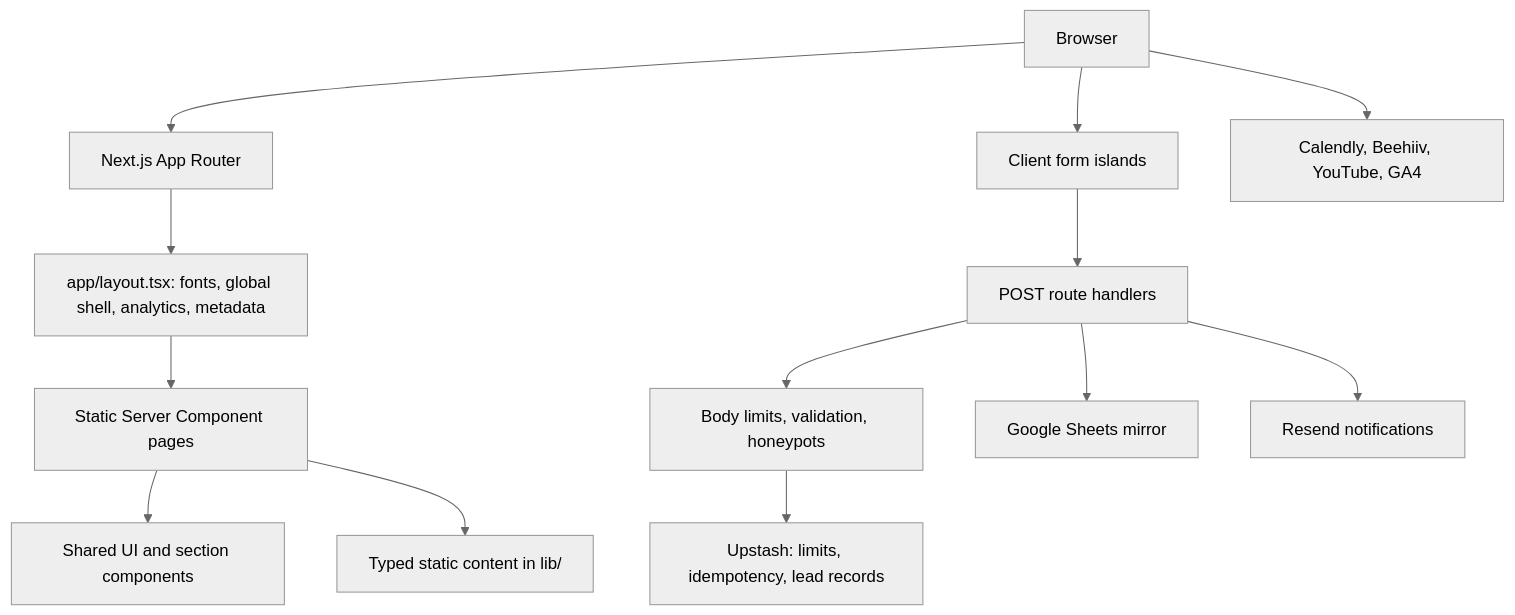
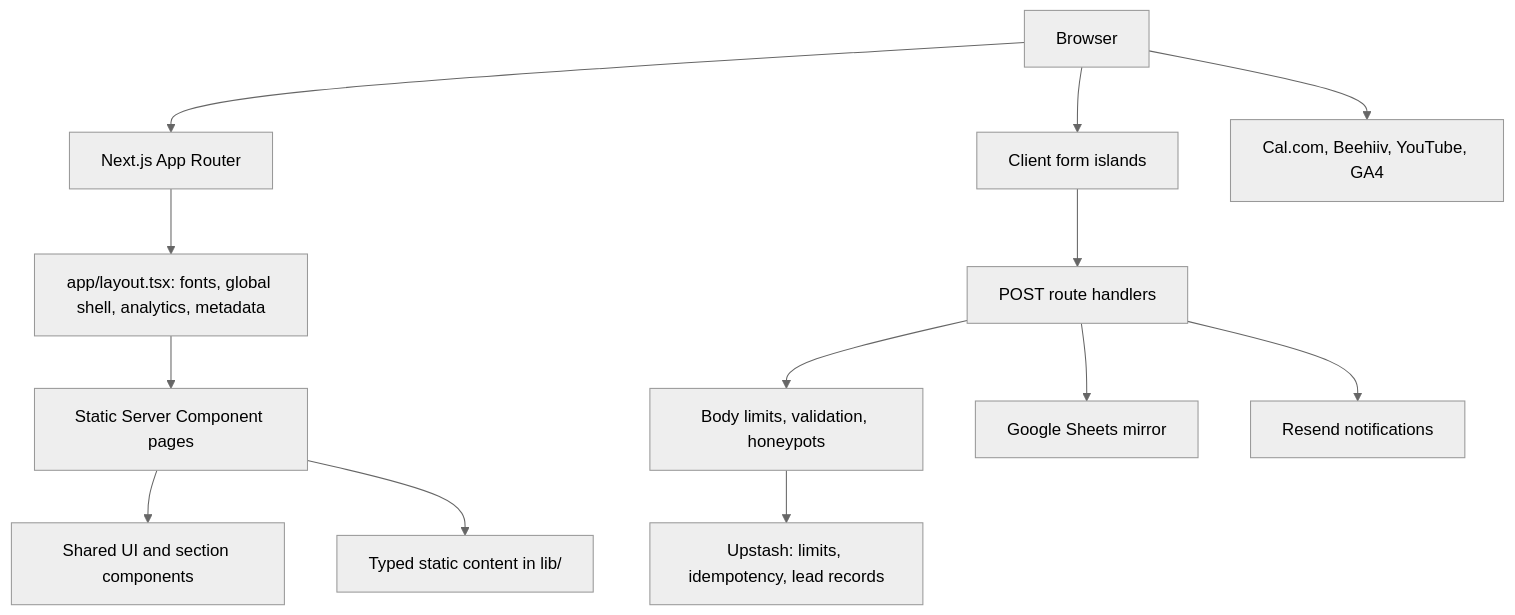
Before and after one commit to articog-dev/articog-website-v2: the diagram in review/Articog_Project_Health_Review.md, drawn with Mermaid (neutral theme). The commit also changed other lines of this file and 20 other files, not shown here.

Commit message:
feat: form then Cal.com scheduling step, remove Calendly

````diff
--- a/review/Articog_Project_Health_Review.md
+++ b/review/Articog_Project_Health_Review.md
@@ -23,15 +23,15 @@
 ```mermaid
 flowchart TD
   Browser --> AppRouter[Next.js App Router]
   AppRouter --> Layout[app/layout.tsx: fonts, global shell, analytics, metadata]
   Layout --> Pages[Static Server Component pages]
   Pages --> Components[Shared UI and section components]
   Pages --> Content[Typed static content in lib/]
   Browser --> Forms[Client form islands]
   Forms --> Routes[POST route handlers]
   Routes --> Validation[Body limits, validation, honeypots]
   Validation --> Redis[Upstash: limits, idempotency, lead records]
   Routes --> Sheets[Google Sheets mirror]
   Routes --> Resend[Resend notifications]
-  Browser --> Providers[Calendly, Beehiiv, YouTube, GA4]
+  Browser --> Providers[Cal.com, Beehiiv, YouTube, GA4]
 ```
````
